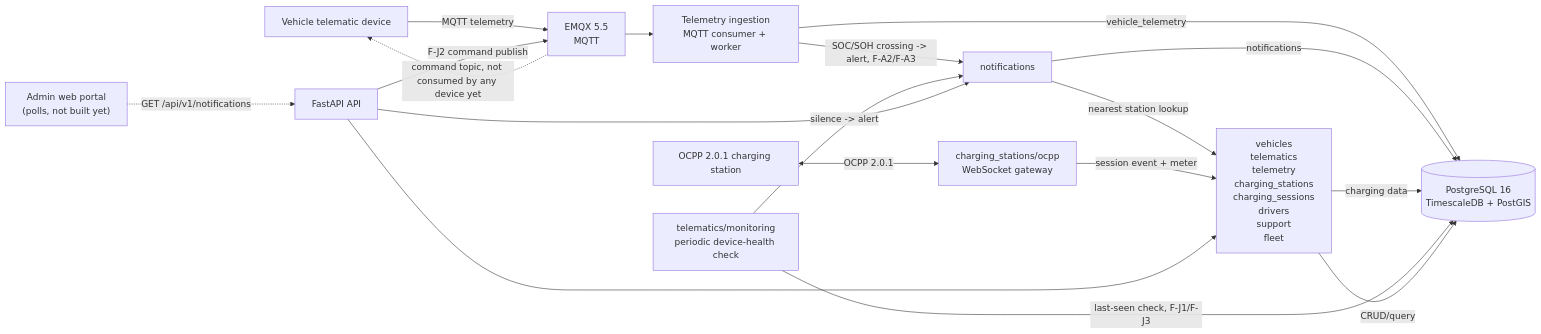
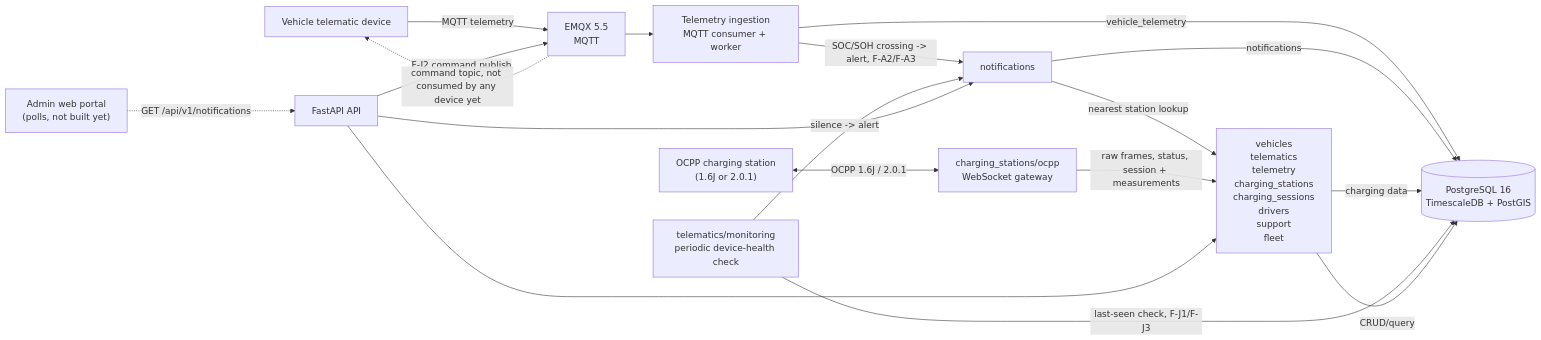
The diagram in docs/00-status/architecture.md (yolo-coccoc/G3Network-app), drawn with Mermaid before and after one commit. The commit also changed other lines of this file and 4 other files, not shown here.

First line of the commit message:
docs: record OCPP 1.6J support in status, architecture, README, feature list and future items

````diff
--- a/docs/00-status/architecture.md
+++ b/docs/00-status/architecture.md
@@ -8,35 +8,35 @@
 ```mermaid
 flowchart LR
     Vehicle["Vehicle telematic device"]
-    Station["OCPP 2.0.1 charging station"]
+    Station["OCPP charging station\n(1.6J or 2.0.1)"]
     Broker["EMQX 5.5\nMQTT"]
     Ingestion["Telemetry ingestion\nMQTT consumer + worker"]
     OCPP["charging_stations/ocpp\nWebSocket gateway"]
     Monitor["telematics/monitoring\nperiodic device-health check"]
     API["FastAPI API"]
     Domains["vehicles\ntelematics\ntelemetry\ncharging_stations\ncharging_sessions\ndrivers\nsupport\nfleet"]
     Notifications["notifications"]
     DB[("PostgreSQL 16\nTimescaleDB + PostGIS")]
     Portal["Admin web portal\n(polls, not built yet)"]
 
     Vehicle -->|MQTT telemetry| Broker
     Broker --> Ingestion
     Ingestion -->|vehicle_telemetry| DB
     Ingestion -->|SOC/SOH crossing -> alert, F-A2/F-A3| Notifications
     Notifications -->|nearest station lookup| Domains
     Notifications -->|notifications| DB
 
-    Station <-->|OCPP 2.0.1| OCPP
-    OCPP -->|session event + meter| Domains
+    Station <-->|OCPP 1.6J / 2.0.1| OCPP
+    OCPP -->|raw frames, status, session + measurements| Domains
     Domains -->|charging data| DB
 
     Monitor -->|last-seen check, F-J1/F-J3| DB
     Monitor -->|silence -> alert| Notifications
 
     API --> Domains
     API --> Notifications
     API -->|F-J2 command publish| Broker
     Broker -.->|command topic, not consumed by any device yet| Vehicle
     Domains -->|CRUD/query| DB
     Portal -.->|GET /api/v1/notifications| API
 ```
````
